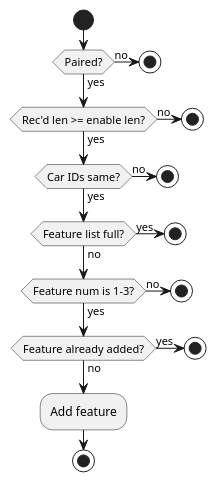
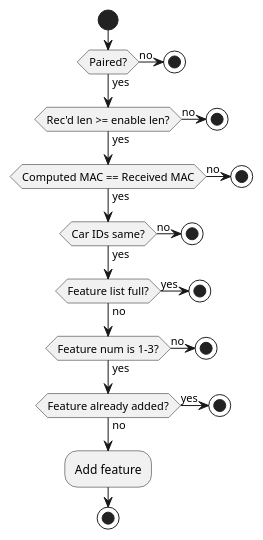
Before and after one commit to nathancharlesjones/howHardwareGetsHacked: the third of 10 diagrams in application/README.md, drawn with PlantUML. The commit also changed other lines of this file and 4 other files, not shown here.

````diff
--- a/application/README.md
+++ b/application/README.md
@@ -101,31 +101,35 @@
 ```plantuml
 @startuml
 start
 if (Paired?) then (no)
   stop
 else (yes)
 endif
 if (Rec'd len >= enable len?) then (no)
   stop
 else (yes)
+endif
+if (Computed MAC == Received MAC) then (no)
+  stop
+else  (yes)
 endif
 if (Car IDs same?) then (no)
   stop
 else (yes)
 endif
 if (Feature list full?) then (yes)
   stop
 else (no)
 endif
 if (Feature num is 1-3?) then (no)
   stop
 else (yes)
 endif
 if (Feature already added?) then (yes)
   stop
 else (no)
 endif
 :Add feature;
 stop
 @enduml
 ```
````
